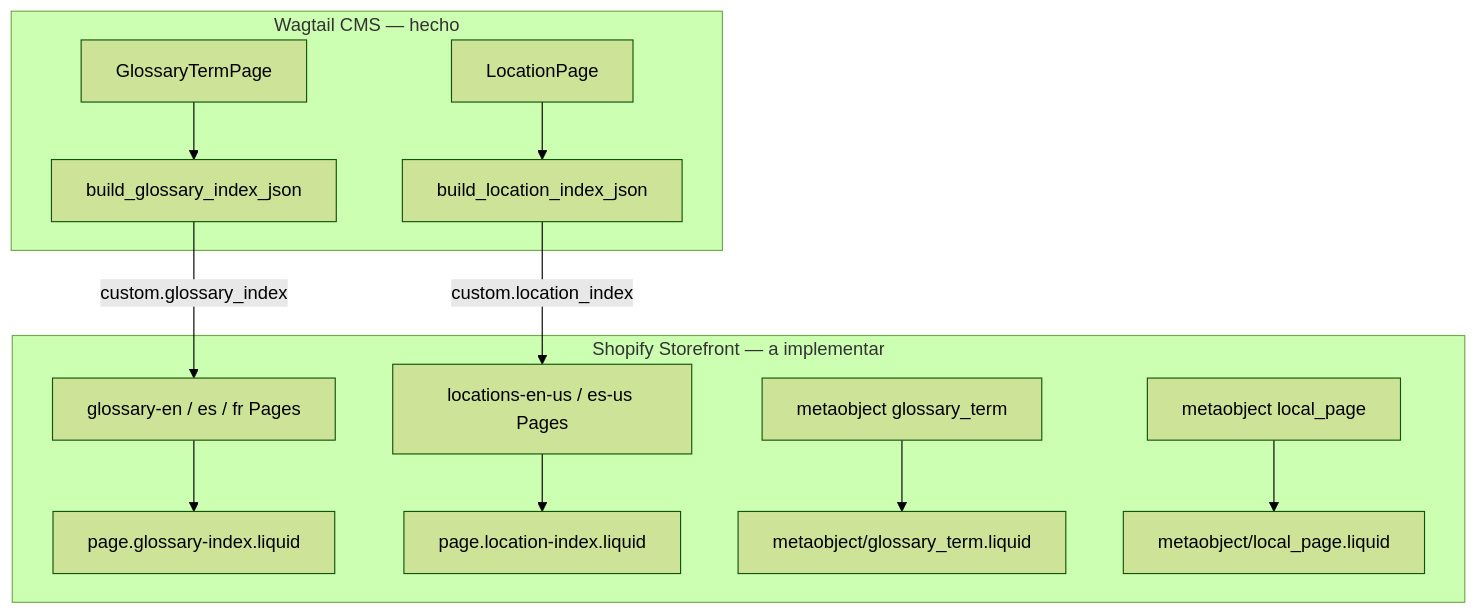
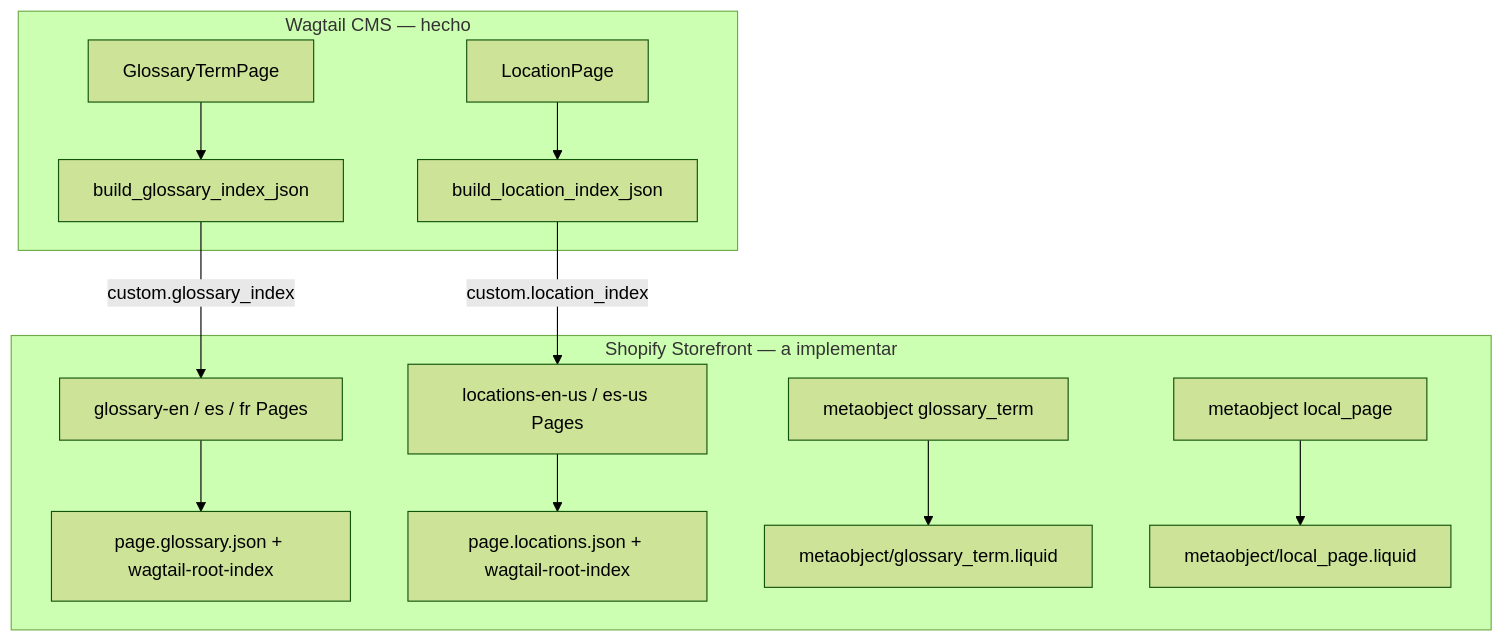
The diagram in .cursor/plans/theme-index-pages.plan.md (aavendano/wagtail-shopify), drawn with Mermaid (forest theme) before and after one commit. The commit also changed other lines of this file and 14 other files, not shown here.

````diff
--- a/.cursor/plans/theme-index-pages.plan.md
+++ b/.cursor/plans/theme-index-pages.plan.md
@@ -24,29 +26,29 @@
 ```mermaid
 flowchart TB
     subgraph wagtail [Wagtail CMS — hecho]
         Term[GlossaryTermPage]
         Loc[LocationPage]
         BuilderG[build_glossary_index_json]
         BuilderL[build_location_index_json]
         Term --> BuilderG
         Loc --> BuilderL
     end
 
     subgraph shopify [Shopify Storefront — a implementar]
         PageG[glossary-en / es / fr Pages]
         PageL[locations-en-us / es-us Pages]
         MOTerm[metaobject glossary_term]
         MOLoc[metaobject local_page]
-        LiquidG[page.glossary-index.liquid]
-        LiquidL[page.location-index.liquid]
+        LiquidG[page.glossary.json + wagtail-root-index]
+        LiquidL[page.locations.json + wagtail-root-index]
         LiquidTerm[metaobject/glossary_term.liquid]
         LiquidLoc[metaobject/local_page.liquid]
     end
 
     BuilderG -->|custom.glossary_index| PageG
     BuilderL -->|custom.location_index| PageL
     PageG --> LiquidG
     PageL --> LiquidL
     MOTerm --> LiquidTerm
     MOLoc --> LiquidLoc
 ```
````
